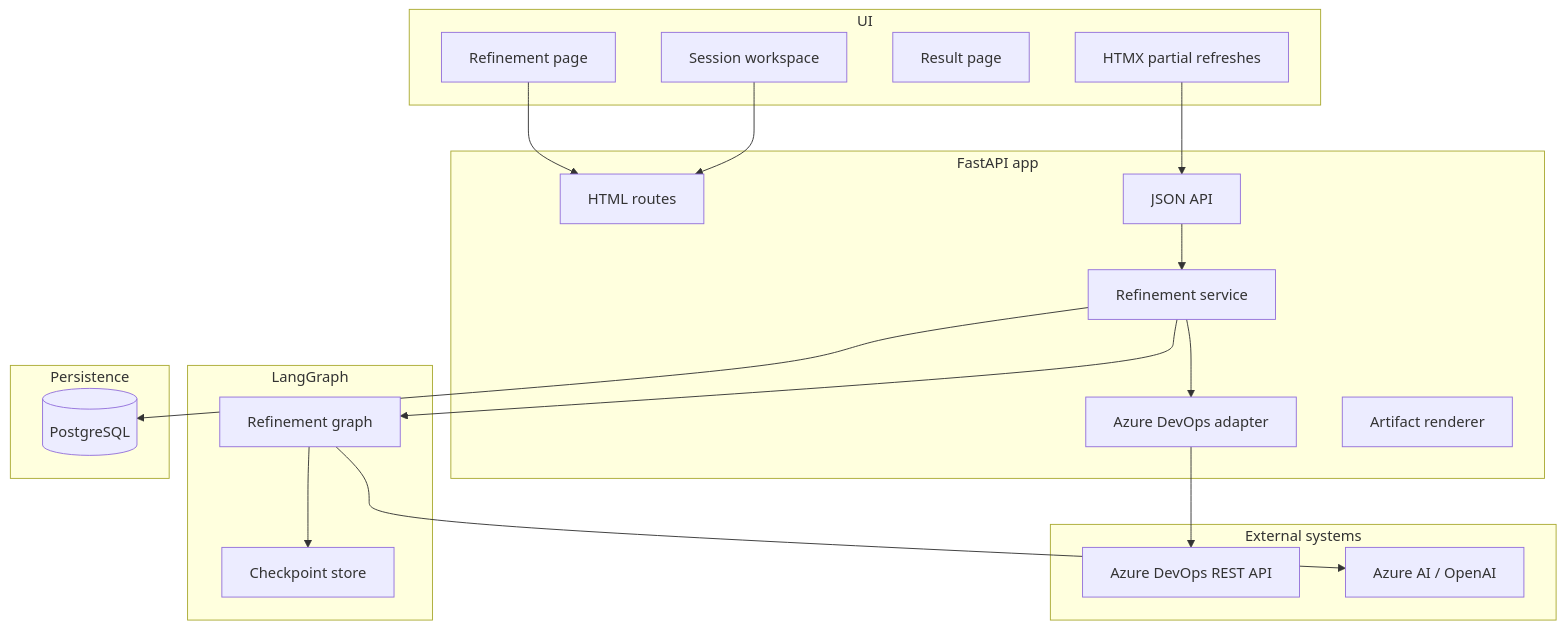
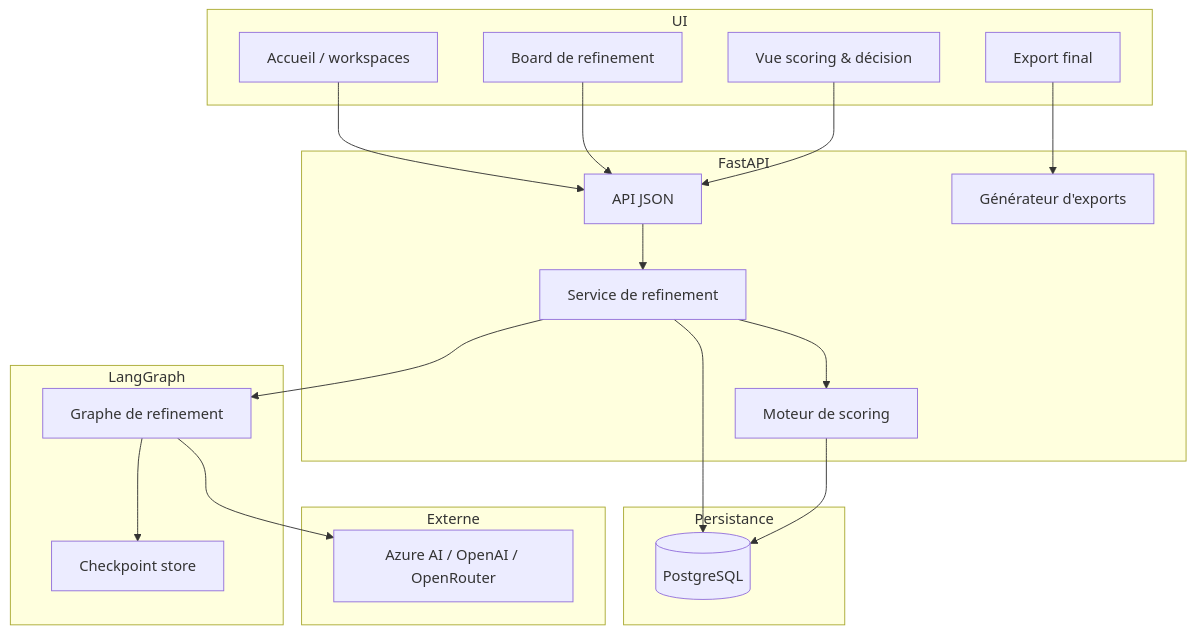
Before and after one commit to Artek60744/refinemap: the second of 3 diagrams in docs/mvp-blueprint.md, drawn with Mermaid. The commit also changed other lines of this file and 22 other files, not shown here.

````diff
--- a/docs/mvp-blueprint.md
+++ b/docs/mvp-blueprint.md
@@ -67,42 +65,41 @@
 ```mermaid
 flowchart TB
     subgraph UI
-        A1[Refinement page]
-        A2[Session workspace]
-        A3[Result page]
-        A4[HTMX partial refreshes]
+        A1[Accueil / workspaces]
+        A2[Board de refinement]
+        A3[Vue scoring & décision]
+        A4[Export final]
     end
 
-    subgraph FastAPI app
-        B1[HTML routes]
-        B2[JSON API]
-        B3[Azure DevOps adapter]
-        B4[Refinement service]
-        B5[Artifact renderer]
+    subgraph FastAPI
+        B1[API JSON]
+        B2[Service de refinement]
+        B3[Moteur de scoring]
+        B4[Générateur d'exports]
     end
 
     subgraph LangGraph
-        C1[Refinement graph]
+        C1[Graphe de refinement]
         C2[Checkpoint store]
     end
 
-    subgraph Persistence
+    subgraph Persistance
         D1[(PostgreSQL)]
     end
 
-    subgraph External systems
-        E1[Azure DevOps REST API]
-        E2[Azure AI / OpenAI]
+    subgraph Externe
+        E1[Azure AI / OpenAI / OpenRouter]
     end
 
     A1 --> B1
     A2 --> B1
-    A4 --> B2
-    B2 --> B4
-    B4 --> B3
-    B4 --> C1
+    A3 --> B1
+    A4 --> B4
+    B1 --> B2
+    B2 --> C1
+    B2 --> B3
     C1 --> C2
-    B4 --> D1
-    B3 --> E1
-    C1 --> E2
+    B2 --> D1
+    B3 --> D1
+    C1 --> E1
 ```
````
